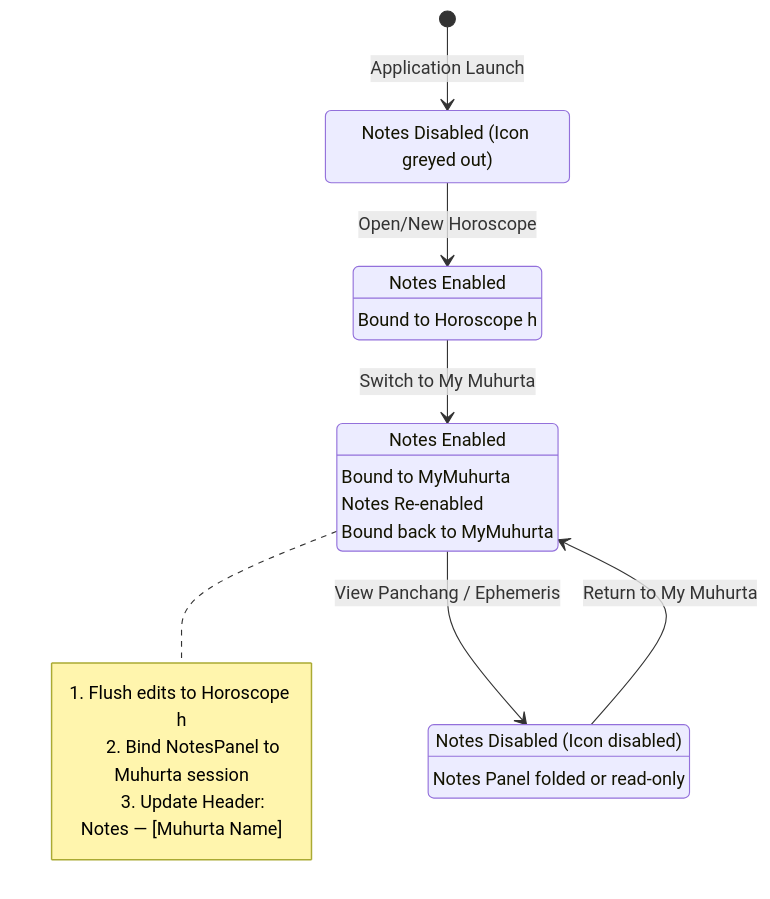
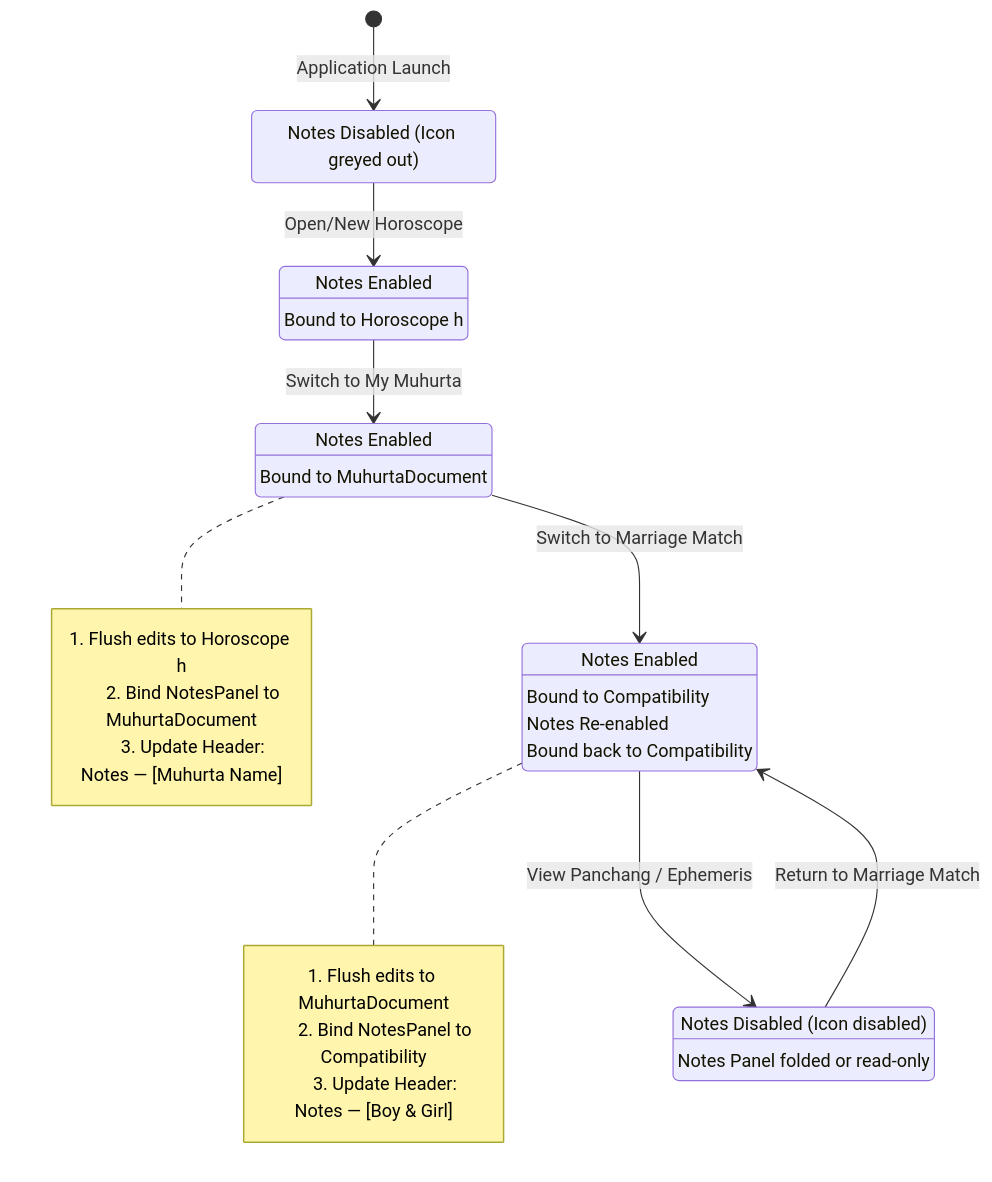
Before and after one commit to dnukum/Astrosoft: the diagram in spec/NOTES_ARCHITECTURE.md, drawn with Mermaid. The commit also changed other lines of this file and 3 other files, not shown here.

Commit message:
docs: bring specifications, architectural blueprints, and changelog up to date with recent features

````diff
--- a/spec/NOTES_ARCHITECTURE.md
+++ b/spec/NOTES_ARCHITECTURE.md
@@ -79,26 +80,35 @@
 ```mermaid
 stateDiagram-v2
     [*] --> UnloadedState : Application Launch
     UnloadedState : Notes Disabled (Icon greyed out)
 
     UnloadedState --> HoroscopeView : Open/New Horoscope
     HoroscopeView : Notes Enabled
     HoroscopeView : Bound to Horoscope h
 
     HoroscopeView --> MuhurtaView : Switch to My Muhurta
     note right of MuhurtaView
       1. Flush edits to Horoscope h
-      2. Bind NotesPanel to Muhurta session
+      2. Bind NotesPanel to MuhurtaDocument
       3. Update Header: Notes — [Muhurta Name]
     end note
     MuhurtaView : Notes Enabled
-    MuhurtaView : Bound to MyMuhurta
+    MuhurtaView : Bound to MuhurtaDocument
 
-    MuhurtaView --> UtilityView : View Panchang / Ephemeris
+    MuhurtaView --> CompatibilityView : Switch to Marriage Match
+    note right of CompatibilityView
+      1. Flush edits to MuhurtaDocument
+      2. Bind NotesPanel to Compatibility
+      3. Update Header: Notes — [Boy & Girl]
+    end note
+    CompatibilityView : Notes Enabled
+    CompatibilityView : Bound to Compatibility
+
+    CompatibilityView --> UtilityView : View Panchang / Ephemeris
     UtilityView : Notes Disabled (Icon disabled)
     UtilityView : Notes Panel folded or read-only
 
-    UtilityView --> MuhurtaView : Return to My Muhurta
-    MuhurtaView : Notes Re-enabled
-    MuhurtaView : Bound back to MyMuhurta
+    UtilityView --> CompatibilityView : Return to Marriage Match
+    CompatibilityView : Notes Re-enabled
+    CompatibilityView : Bound back to Compatibility
 ```
````
